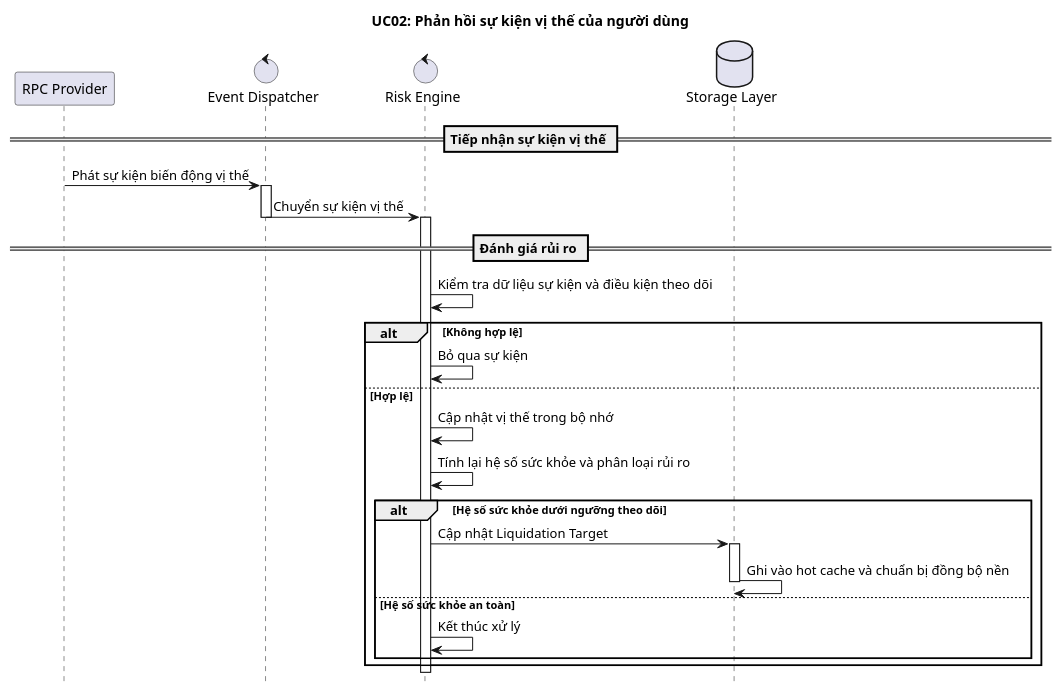
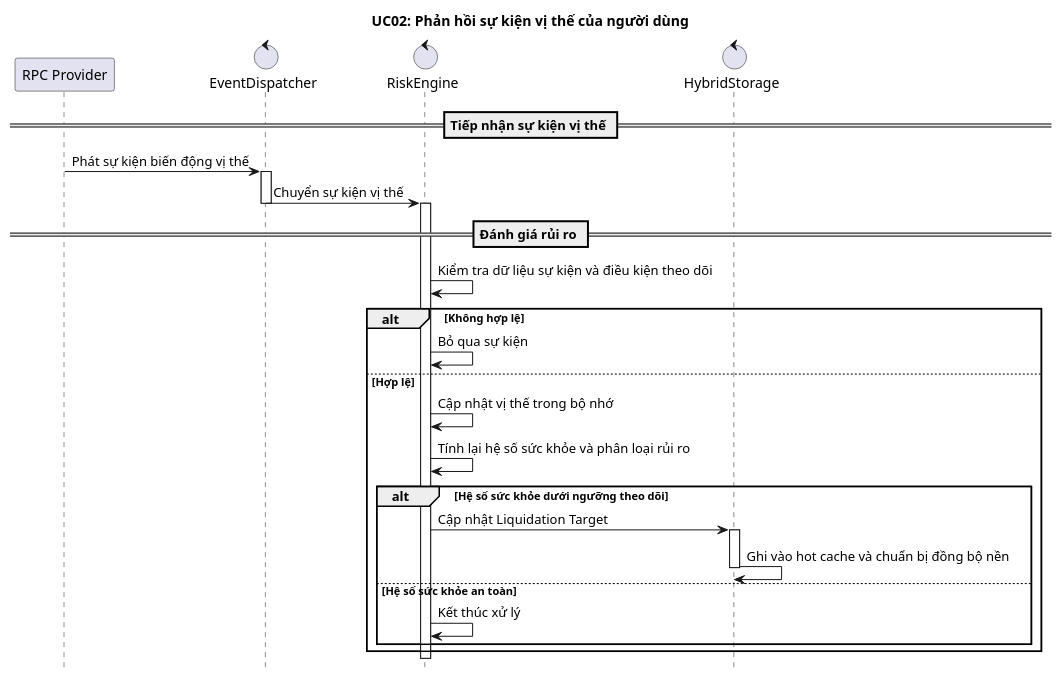
The diagram in docs/diagrams/seq/e2e_seq_uc02_position_sync.puml (dominhquangklhd/liquidator), drawn with PlantUML before and after one commit. The commit also changed 3 other files, not shown here.

```diff
--- a/docs/diagrams/seq/e2e_seq_uc02_position_sync.puml
+++ b/docs/diagrams/seq/e2e_seq_uc02_position_sync.puml
@@ -1,36 +1,36 @@
 @startuml
 hide footbox
 title UC02: Phản hồi sự kiện vị thế của người dùng
 
 participant "RPC Provider" as RPC
-control "Event Dispatcher" as Dispatcher
-control "Risk Engine" as Risk
-database "Storage Layer" as Storage
+control "EventDispatcher" as Dispatcher
+control "RiskEngine" as Risk
+control "HybridStorage" as Storage
 
 == Tiếp nhận sự kiện vị thế ==
 RPC -> Dispatcher: Phát sự kiện biến động vị thế
 activate Dispatcher
 Dispatcher -> Risk: Chuyển sự kiện vị thế
 deactivate Dispatcher
 
 == Đánh giá rủi ro ==
 activate Risk
 Risk -> Risk: Kiểm tra dữ liệu sự kiện và điều kiện theo dõi
 alt Không hợp lệ
     Risk -> Risk: Bỏ qua sự kiện
 else Hợp lệ
     Risk -> Risk: Cập nhật vị thế trong bộ nhớ
     Risk -> Risk: Tính lại hệ số sức khỏe và phân loại rủi ro
 
     alt Hệ số sức khỏe dưới ngưỡng theo dõi
         Risk -> Storage: Cập nhật Liquidation Target
         activate Storage
         Storage -> Storage: Ghi vào hot cache và chuẩn bị đồng bộ nền
         deactivate Storage
     else Hệ số sức khỏe an toàn
         Risk -> Risk: Kết thúc xử lý
     end
 end
 deactivate Risk
 
 @enduml
```
